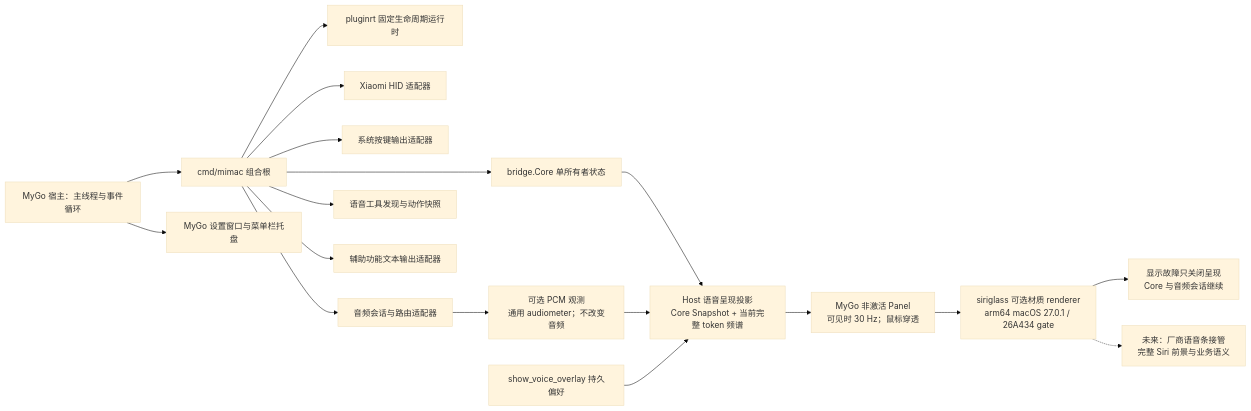
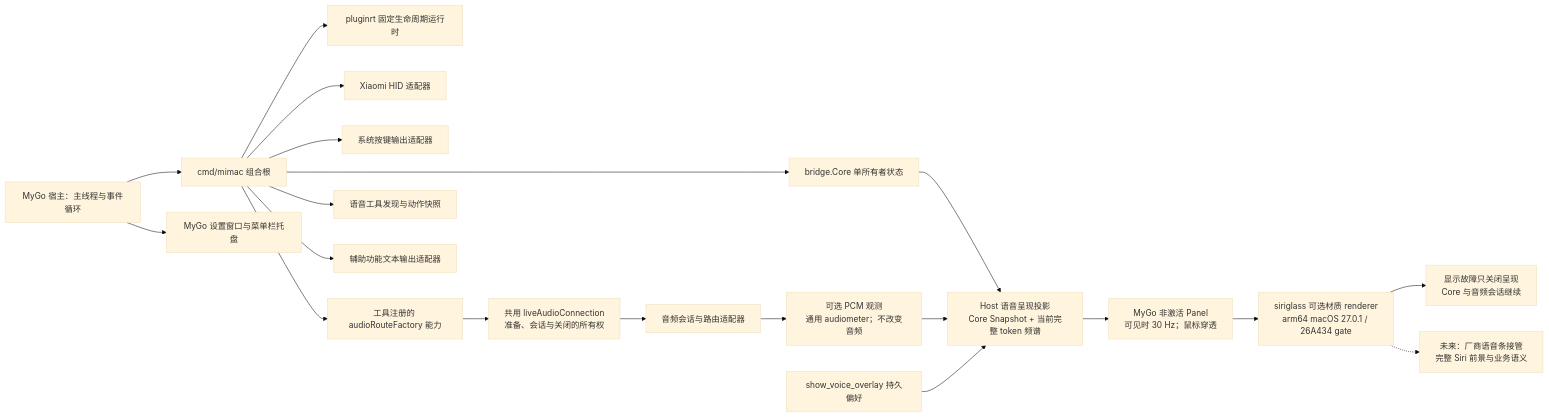
Before and after one commit to daftAI2026/MiMac: the diagram in tools/workbench/diagrams/architecture-boundaries.mmd, drawn with Mermaid (base theme). The commit also changed 10 other files, not shown here.

```diff
--- a/tools/workbench/diagrams/architecture-boundaries.mmd
+++ b/tools/workbench/diagrams/architecture-boundaries.mmd
@@ -1,36 +1,41 @@
 flowchart LR
     mygo["MyGo 宿主：主线程与事件循环"]
     shell["cmd/mimac 组合根"]
     ui["MyGo 设置窗口与菜单栏托盘"]
     plugins["pluginrt 固定生命周期运行时"]
     core["bridge.Core 单所有者状态"]
     hid["Xiaomi HID 适配器"]
     keys["系统按键输出适配器"]
     audio["音频会话与路由适配器"]
+    routeFactory["工具注册的 audioRouteFactory 能力"]
+    routeOwner["共用 liveAudioConnection
+准备、会话与关闭的所有权"]
     tools["语音工具发现与动作快照"]
     text["辅助功能文本输出适配器"]
     prefs["show_voice_overlay 持久偏好"]
     measurement["可选 PCM 观测\n通用 audiometer；不改变音频"]
     projection["Host 语音呈现投影\nCore Snapshot + 当前完整 token 频谱"]
     panel["MyGo 非激活 Panel\n可见时 30 Hz；鼠标穿透"]
     glass["siriglass 可选材质 renderer\narm64 macOS 27.0.1 / 26A434 gate"]
     fault["显示故障只关闭呈现\nCore 与音频会话继续"]
     future["未来：厂商语音条接管\n完整 Siri 前景与业务语义"]
 
     mygo --> shell
     mygo --> ui
     shell --> plugins
     shell --> core
     shell --> hid
     shell --> keys
-    shell --> audio
+    shell --> routeFactory
+    routeFactory --> routeOwner
+    routeOwner --> audio
     shell --> tools
     shell --> text
     core --> projection
     audio --> measurement
     measurement --> projection
     prefs --> projection
     projection --> panel
     panel --> glass
     glass --> fault
     glass -.-> future
```
